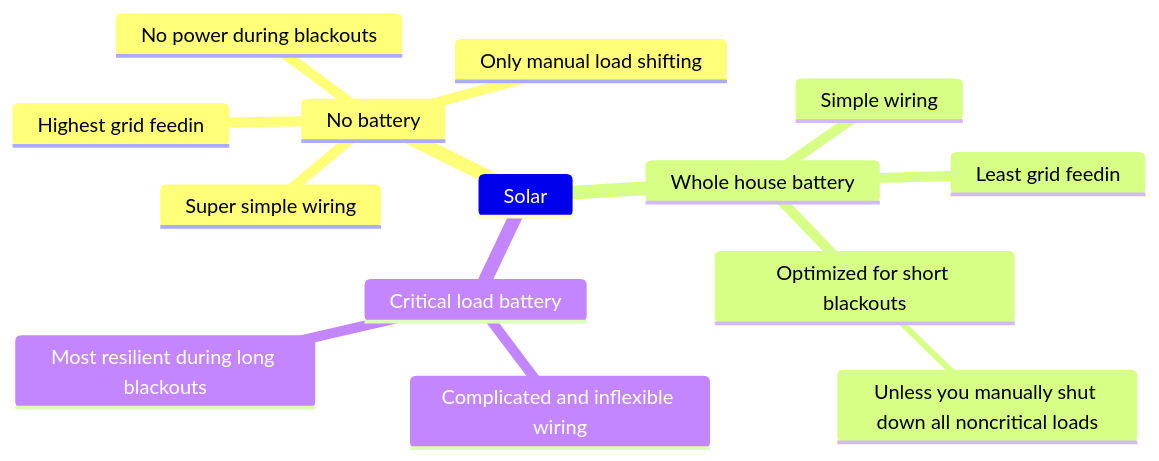
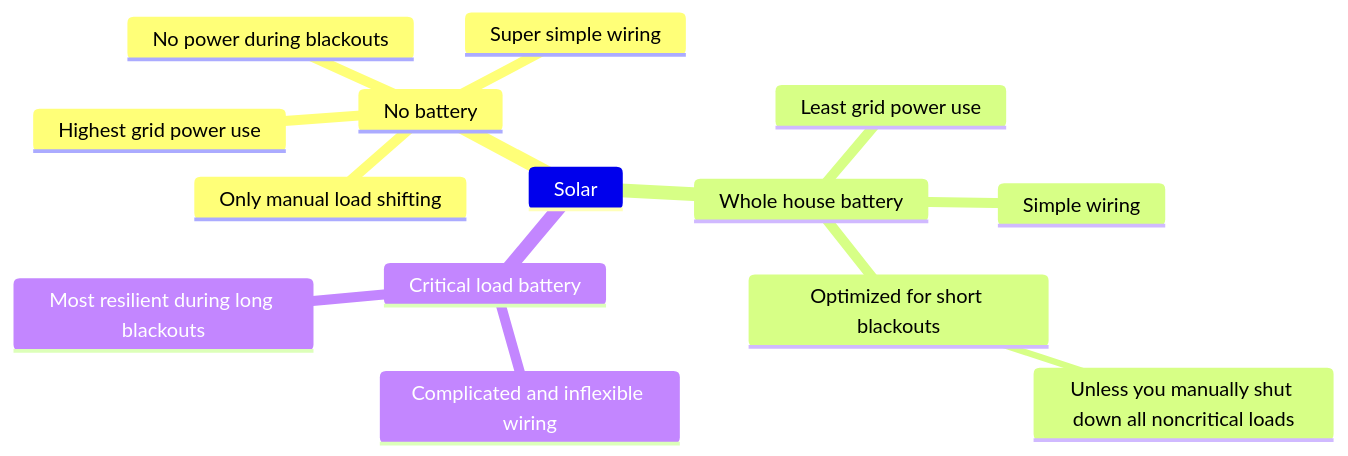
Before and after one commit to marshallflax/vision: the sixth of 6 diagrams in solar.md, drawn with Mermaid. The commit also changed other lines of this file and 1 other file, not shown here.

````diff
--- a/solar.md
+++ b/solar.md
@@ -83,17 +152,17 @@
 ```mermaid
 mindmap
  Solar
   No battery
    Super simple wiring
    No power during blackouts
    Only manual load shifting
-   Highest grid feedin
+   Highest grid power use
   Whole house battery
    Simple wiring
-   Least grid feedin
+   Least grid power use
    Optimized for short blackouts
     Unless you manually shut down all noncritical loads
   Critical load battery
    Complicated and inflexible wiring
    Most resilient during long blackouts
 ```
````
